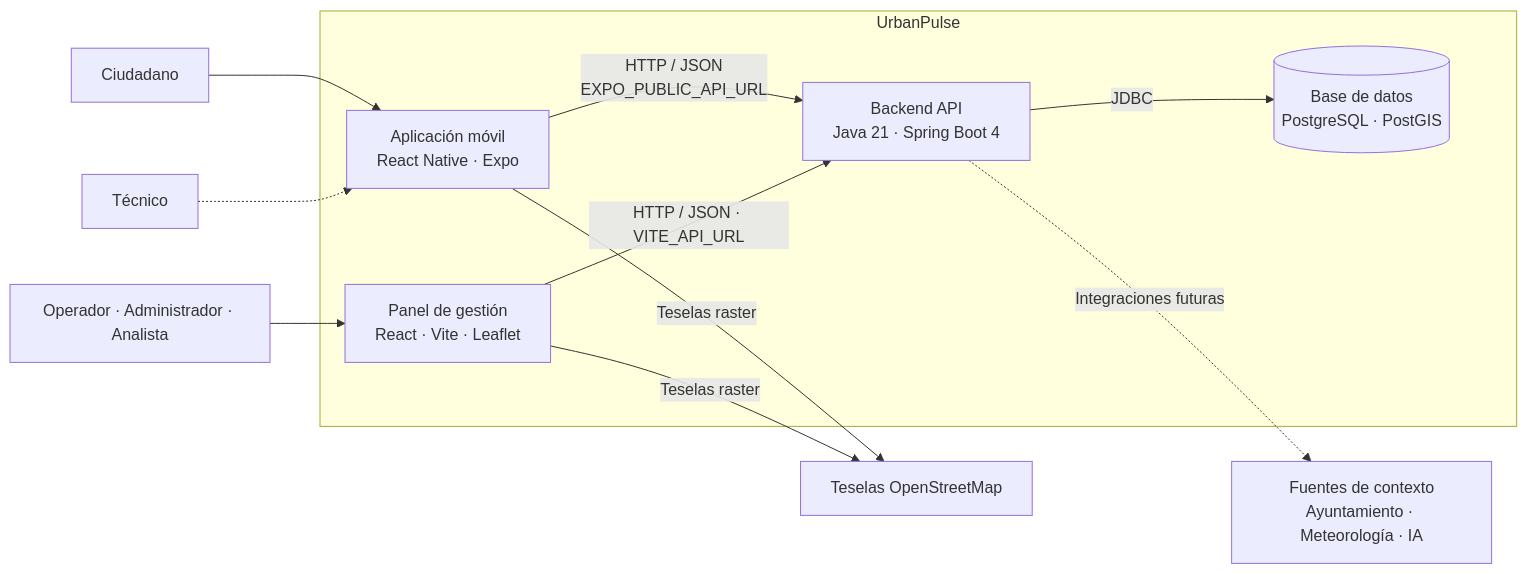
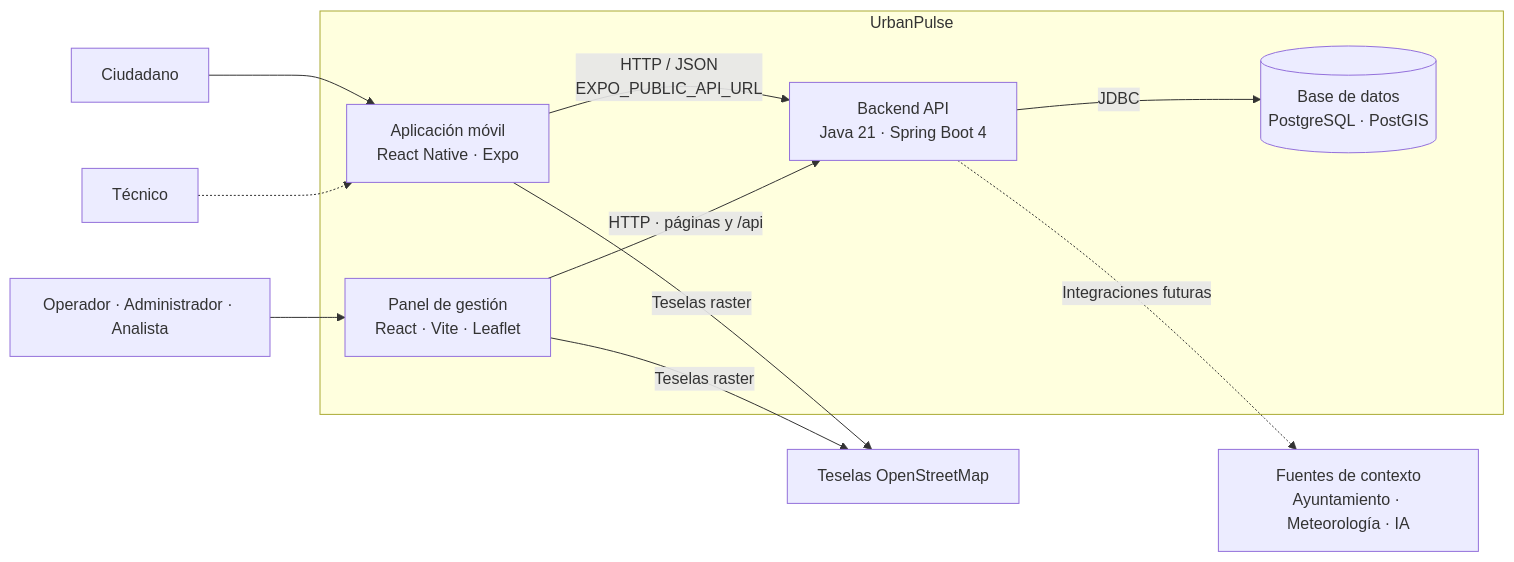
Before and after one commit to grupo-14-UMA/urbanpulse-incident-manager: the second of 3 diagrams in docs/architecture.md, drawn with Mermaid. The commit also changed other lines of this file and 12 other files, not shown here.

````diff
--- a/docs/architecture.md
+++ b/docs/architecture.md
@@ -59,26 +59,26 @@
 ```mermaid
 flowchart LR
     citizen[Ciudadano]
     technician[Técnico]
     staff[Operador · Administrador · Analista]
 
     subgraph system[UrbanPulse]
         mobile[Aplicación móvil<br/>React Native · Expo]
         web[Panel de gestión<br/>React · Vite · Leaflet]
         api[Backend API<br/>Java 21 · Spring Boot 4]
         db[(Base de datos<br/>PostgreSQL · PostGIS)]
     end
 
     osm[Teselas OpenStreetMap]
     data[Fuentes de contexto<br/>Ayuntamiento · Meteorología · IA]
 
     citizen --> mobile
     technician -.-> mobile
     staff --> web
     mobile -->|HTTP / JSON<br/>EXPO_PUBLIC_API_URL| api
-    web -->|HTTP / JSON · VITE_API_URL| api
+    web -->|HTTP · páginas y /api| api
     api -->|JDBC| db
     mobile -->|Teselas raster| osm
     web -->|Teselas raster| osm
     api -.->|Integraciones futuras| data
 ```
````
